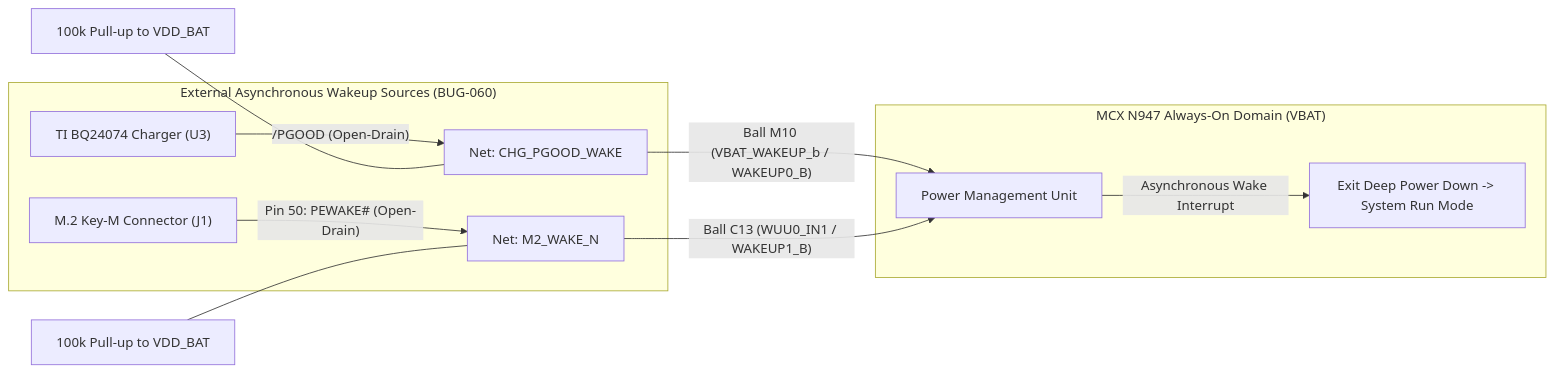
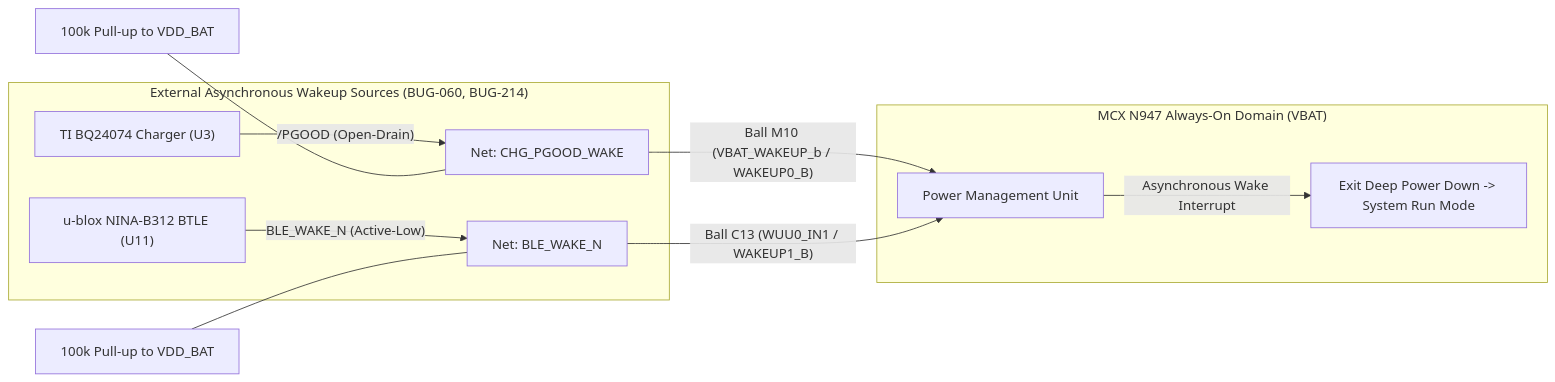
One commit to picklethecat1488-hue/hardware changed the second of 3 diagrams in docs/downselection_report.md. Above: the diagram before and after it, drawn with Mermaid. The commit also changed other lines of this file and 59 other files, not shown here.

Commit message:
fix(carrier_board,vcs): resolve BUG-222..231 and CR feedback for BLE module, SWD recovery, and dashboard

````diff
--- a/docs/downselection_report.md
+++ b/docs/downselection_report.md
@@ -131,16 +134,16 @@
 ```mermaid
 flowchart LR
-    subgraph Wakeup_Sources["External Asynchronous Wakeup Sources (BUG-060)"]
+    subgraph Wakeup_Sources["External Asynchronous Wakeup Sources (BUG-060, BUG-214)"]
         CHG["TI BQ24074 Charger (U3)"] -->|"/PGOOD (Open-Drain)"| W0["Net: CHG_PGOOD_WAKE"]
-        M2["M.2 Key-M Connector (J1)"] -->|"Pin 50: PEWAKE# (Open-Drain)"| W1["Net: M2_WAKE_N"]
+        BLE["u-blox NINA-B312 BTLE (U11)"] -->|"BLE_WAKE_N (Active-Low)"| W1["Net: BLE_WAKE_N"]
     end
 
     subgraph MCXN947_AON["MCX N947 Always-On Domain (VBAT)"]
         W0 -->|"Ball M10 (VBAT_WAKEUP_b / WAKEUP0_B)"| PMU["Power Management Unit"]
         W1 -->|"Ball C13 (WUU0_IN1 / WAKEUP1_B)"| PMU
         PMU -->|"Asynchronous Wake Interrupt"| WAKE["Exit Deep Power Down -> System Run Mode"]
     end
 
     PU0["100k Pull-up to VDD_BAT"] --- W0
     PU1["100k Pull-up to VDD_BAT"] --- W1
 ```
````
